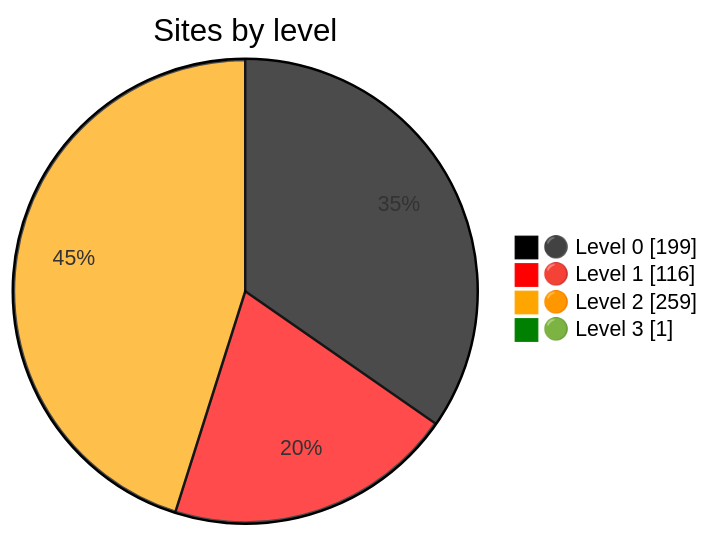
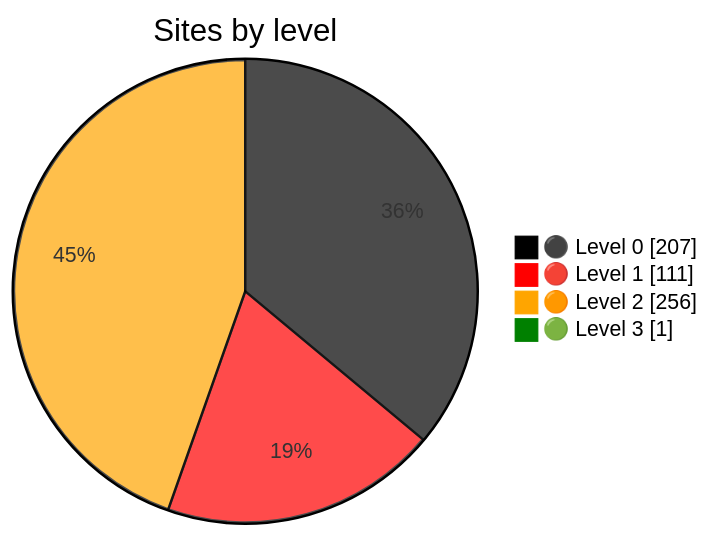
The diagram in README.md (nuuuwan/gov_lk_web_auditor), drawn with Mermaid before and after one commit. The commit also changed other lines of this file and 2552 other files, not shown here.

````diff
--- a/README.md
+++ b/README.md
@@ -24,9 +24,9 @@
 ```mermaid
 %%{init: {"themeVariables":{"pie1":"black","pie2":"red","pie3":"orange","pie4":"green"}}}%%
 pie showData
     title Sites by level
-    "⚫ Level 0" : 199
-    "🔴 Level 1" : 116
-    "🟠 Level 2" : 259
+    "⚫ Level 0" : 207
+    "🔴 Level 1" : 111
+    "🟠 Level 2" : 256
     "🟢 Level 3" : 1
 ```
````
